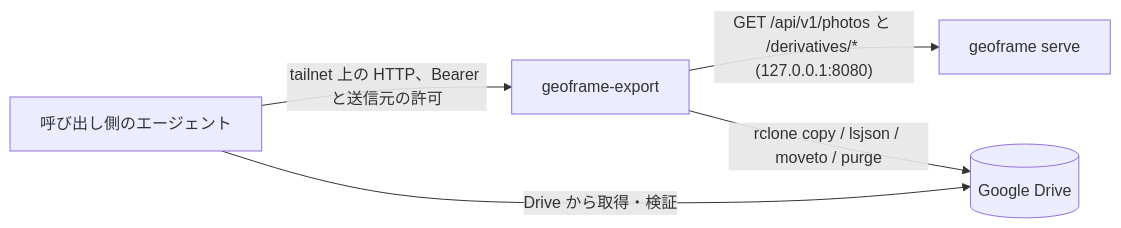
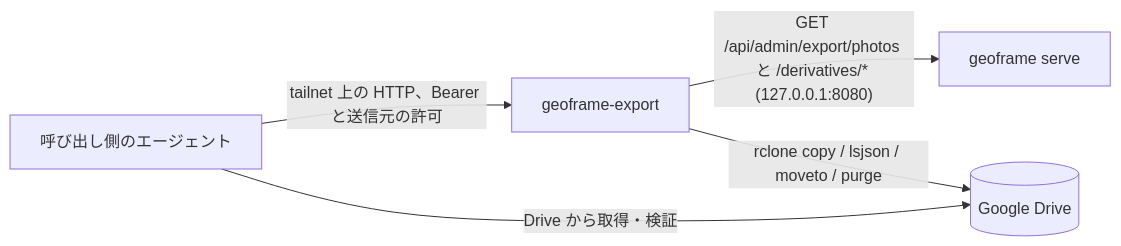
Before and after one commit to ysogabe/geoframe: the diagram in docs/note-photo-export/design.md, drawn with Mermaid. The commit also changed other lines of this file and 2 other files, not shown here.

Commit message:
docs(note-photo-export): 判断 U1〜U7 を反映する（全写真と一覧 API の追加、Drive の権限は今のまま、管理しているフォルダだけを置き換える、U8 は判断待ち）

````diff
--- a/docs/note-photo-export/design.md
+++ b/docs/note-photo-export/design.md
@@ -161,7 +183,7 @@
 ```mermaid
 flowchart LR
   D[呼び出し側のエージェント] -- "tailnet 上の HTTP、Bearer と送信元の許可" --> E[geoframe-export]
-  E -- "GET /api/v1/photos と /derivatives/* (127.0.0.1:8080)" --> G[geoframe serve]
+  E -- "GET /api/admin/export/photos と /derivatives/* (127.0.0.1:8080)" --> G[geoframe serve]
   E -- "rclone copy / lsjson / moveto / purge" --> R[(Google Drive)]
   D -- "Drive から取得・検証" --> R
 ```
````
